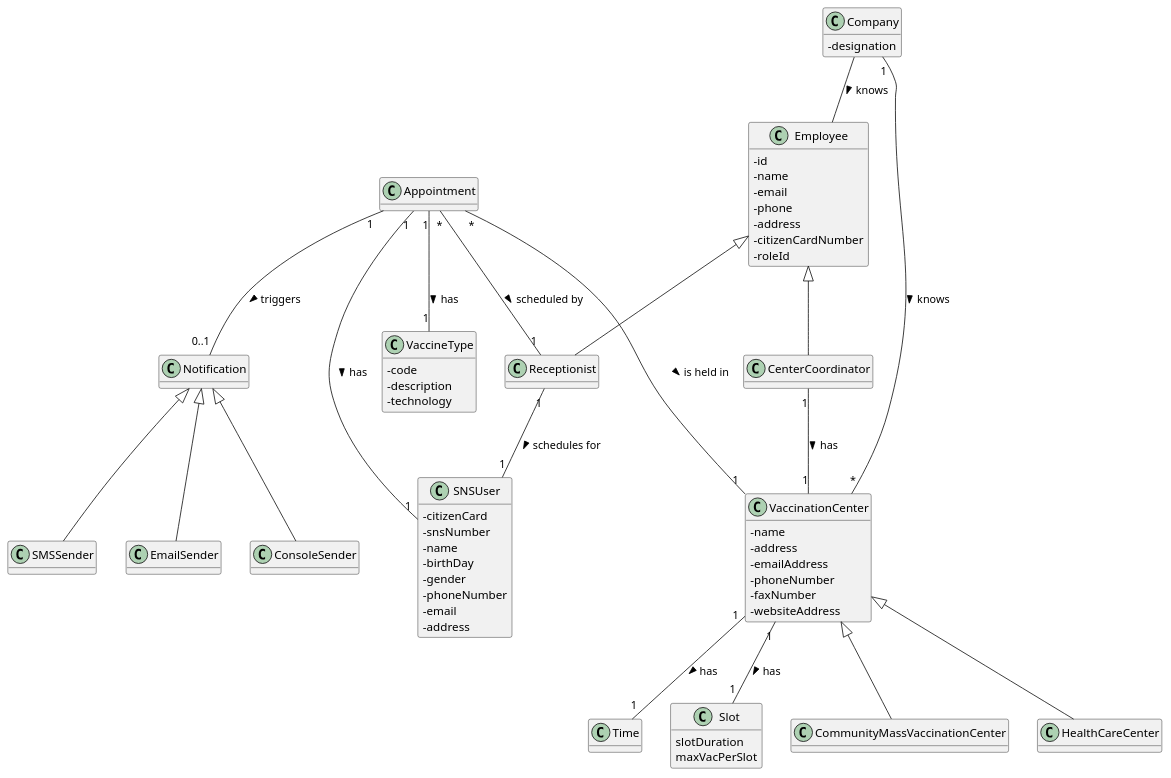
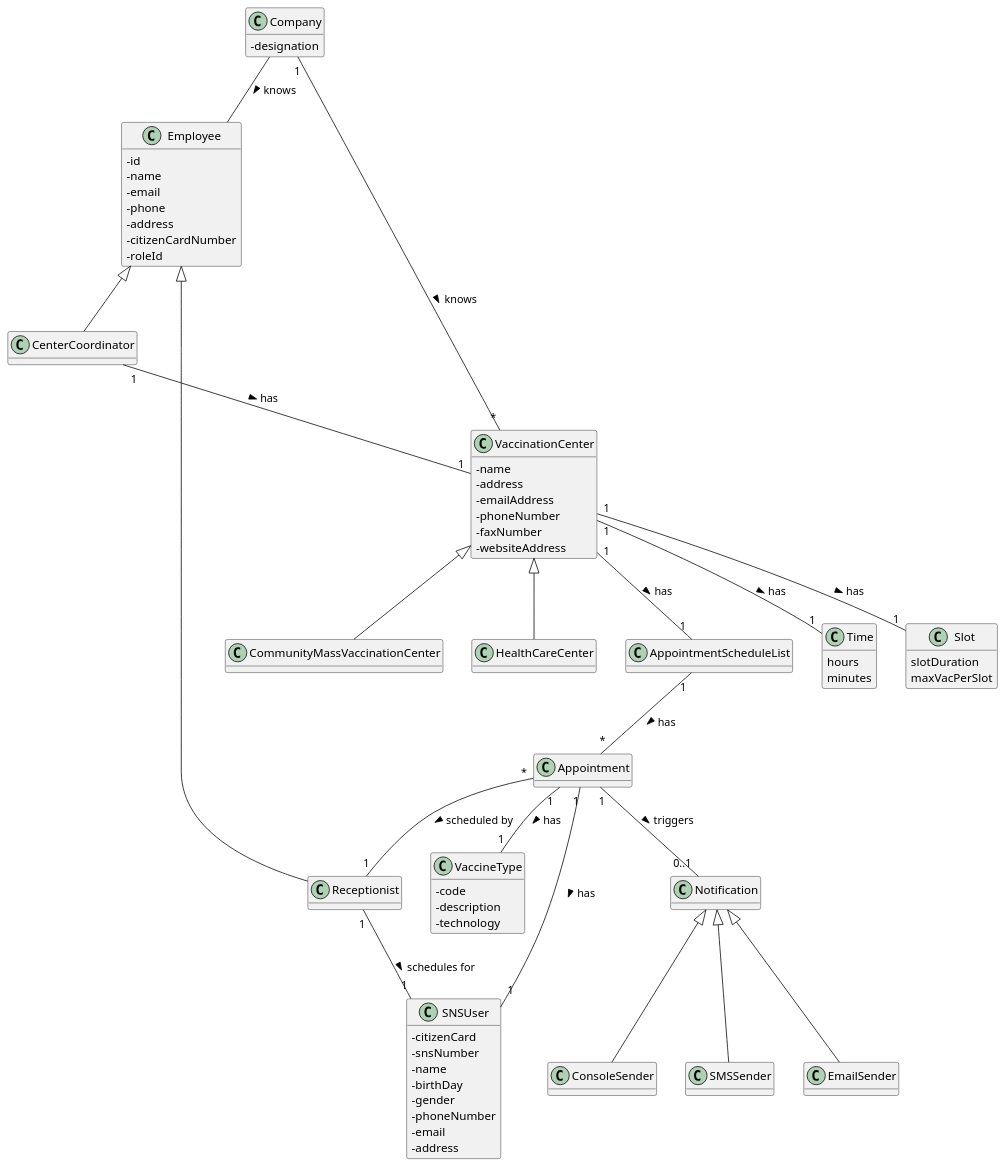
Before and after one commit to miseEnPlace-i/lapr2: the diagram in docs/SprintC/US02/DM/US02_DM.puml, drawn with PlantUML. The commit also changed 1 other file, not shown here.

```diff
--- a/docs/SprintC/US02/DM/US02_DM.puml
+++ b/docs/SprintC/US02/DM/US02_DM.puml
@@ -1,92 +1,99 @@
 @startuml  US02_DM
 hide methods
 skinparam classAttributeIconSize 0
 
 
 class Appointment {}
 
 class VaccineType {
   -code 
   -description
   -technology
 }
 
 class SNSUser {
   - citizenCard
   - snsNumber
   - name
   - birthDay
   - gender
   - phoneNumber
   - email
   - address
 }
 
 class VaccinationCenter{
   -name
   -address
   -emailAddress
   -phoneNumber
   -faxNumber
   -websiteAddress
 }
 
-class Time {}
+class Time {
+  hours
+  minutes
+}
 
 class Slot {
   slotDuration
   maxVacPerSlot
 }
 
 class Company{
   -designation
 }
 
 class Receptionist {}
 
 class Employee {
   -id
   -name
   -email
   -phone
   -address
   -citizenCardNumber
   -roleId
 }
 
 class Notification {}
 
 class CenterCoordinator {}
 
 class CommunityMassVaccinationCenter {}
 
 class HealthCareCenter {}
 
+class AppointmentScheduleList {}
+
 
 Appointment "1"  -- "1" VaccineType : has >
-Appointment "*" -- "1" VaccinationCenter : is held in >
 Appointment "1" -- "1" SNSUser : has >
 Appointment "*" -- "1" Receptionist : scheduled by >
 Appointment "1" -- "0..1" Notification : triggers >
+
+AppointmentScheduleList "1" -- "*" Appointment : has >
 
 Receptionist "1" -- "1" SNSUser : schedules for >
 Employee <|-- Receptionist
 Employee <|-- CenterCoordinator
 
 Company -- Employee : knows >
 Company "1" -- "*" VaccinationCenter : knows >
 
 CenterCoordinator "1" -- "1" VaccinationCenter : has >
 
 VaccinationCenter <|-- CommunityMassVaccinationCenter
 VaccinationCenter <|-- HealthCareCenter
 VaccinationCenter "1" -- "1" Slot : has >
 VaccinationCenter "1" -- "1" Time : has >
+VaccinationCenter "1" -- "1" AppointmentScheduleList : has >
 
 Notification <|-- SMSSender
 Notification <|-- EmailSender
 Notification <|-- ConsoleSender
 
 
 
 @enduml
```
